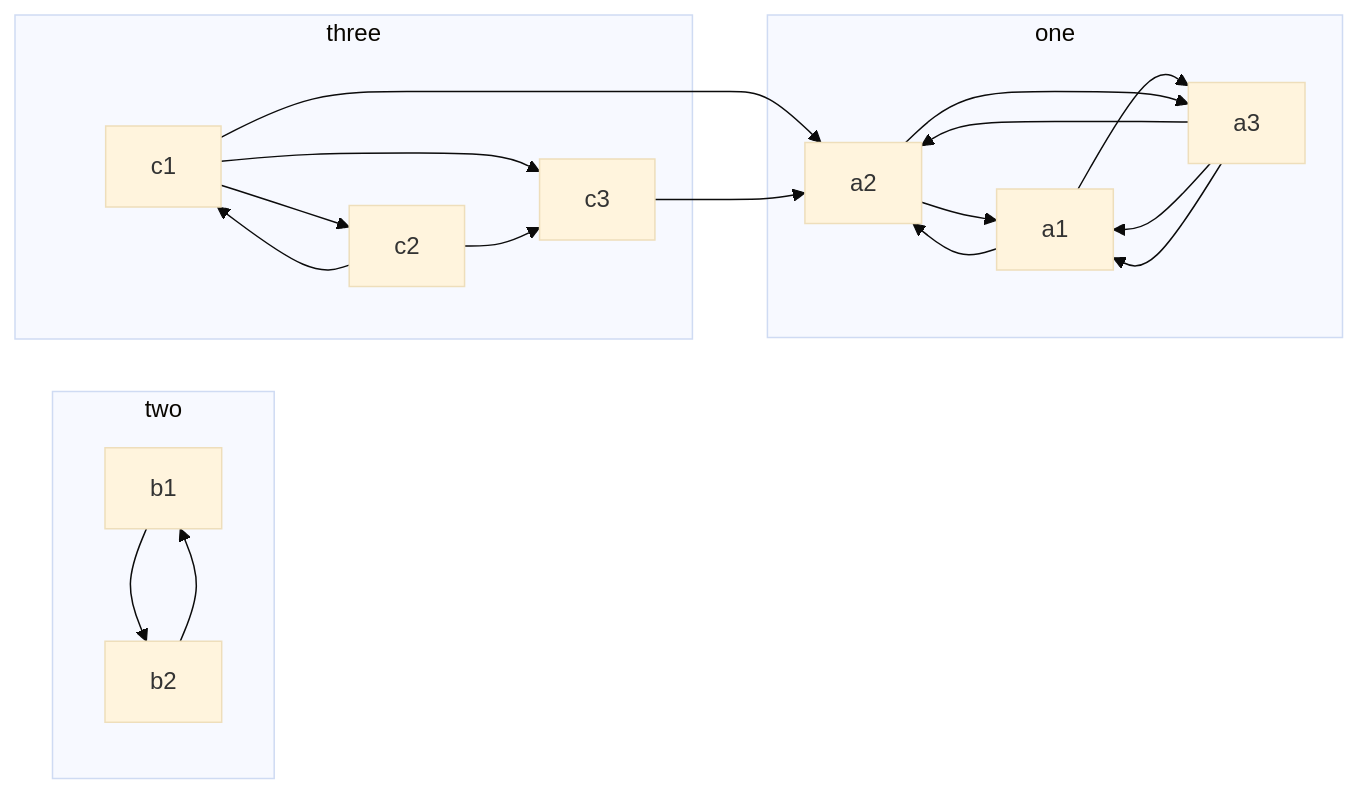
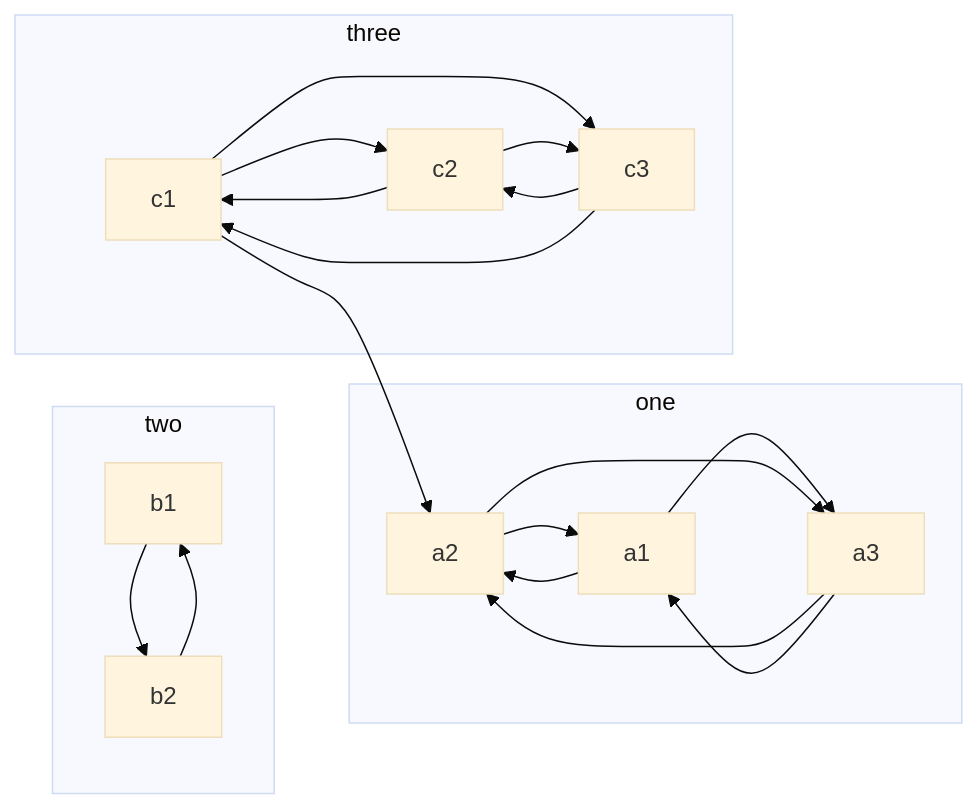
One commit to vergilken/Leetcode changed the diagram in Welcome file.md. Above: the diagram before and after it, drawn with Mermaid (base theme). The commit also changed other lines of this file, not shown here.

Commit message:
Welcome file.md updated from https://stackedit.io/

````diff
--- a/Welcome file.md
+++ b/Welcome file.md
@@ -7,25 +7,25 @@
 ```mermaid
 graph LR
 c1-->a2
 subgraph one
 a1-->a2
 a1-->a3
 a2-->a1
 a2-->a3
 a3-->a2
 a3-->a1
 end
 subgraph two
 b1-->b2
 b2-->b1
 end
 subgraph three
 c1-->c2
 c1-->c3
 c2-->c1
 c2-->c3
-c3-->a2
-a3-->a1
+c3-->c2
+c3-->c1
 end
 
 ```
````
